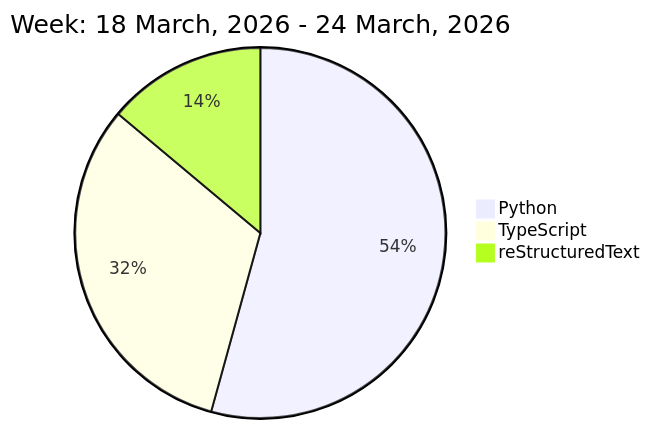
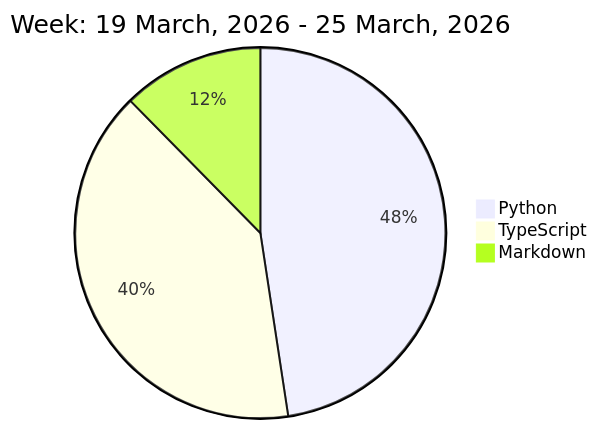
Before and after one commit to liubin95/liubin95: the diagram in README.md, drawn with Mermaid.

Commit message:
Updated the Graph with new Metrics

````diff
--- a/README.md
+++ b/README.md
@@ -32,7 +32,7 @@
 ```mermaid
  pie
-title Week: 18 March, 2026 - 24 March, 2026
- "Python" : 12.88
- "TypeScript" : 7.55
- "reStructuredText" : 3.3
+title Week: 19 March, 2026 - 25 March, 2026
+ "Python" : 10.2
+ "TypeScript" : 8.58
+ "Markdown" : 2.65
 ```
````
